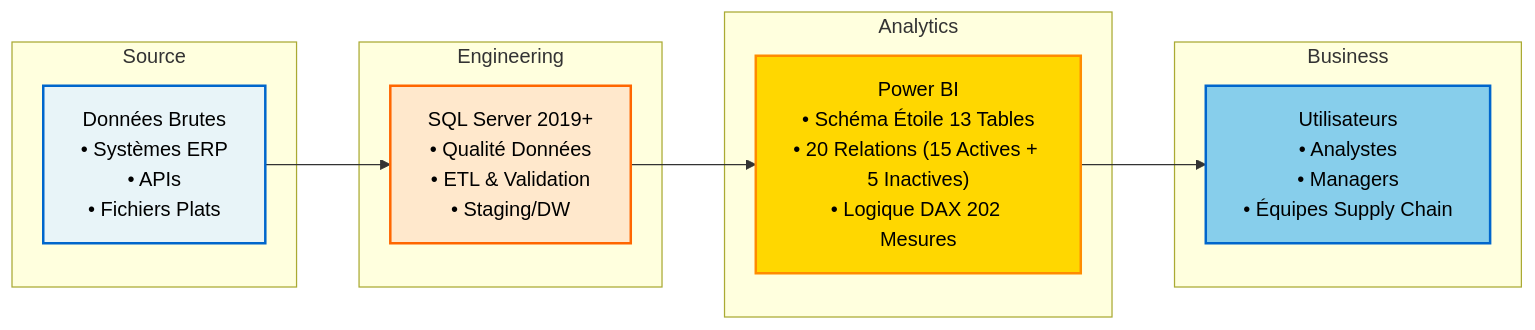
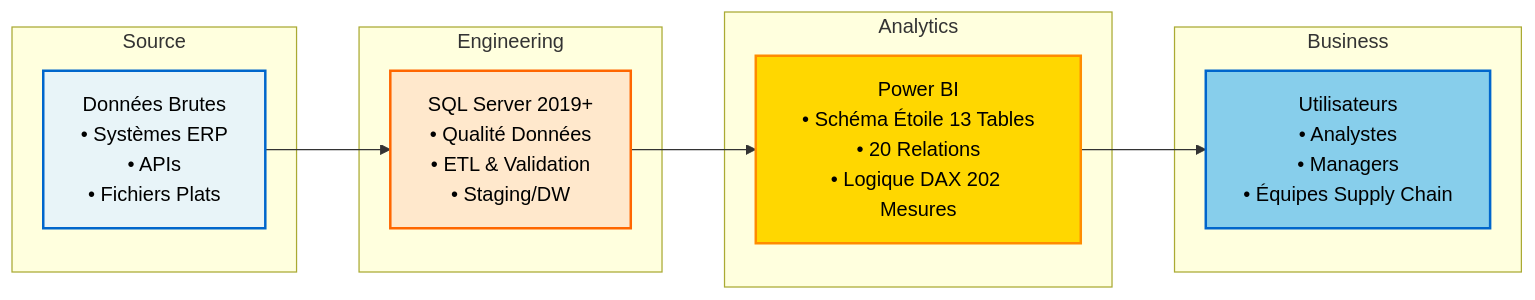
The diagram in README [FR].md (Data-Marc/pharma-logistics-bi), drawn with Mermaid before and after one commit. The commit also changed 2 other files, not shown here.

Commit message:
docs: Simplify relationships display to '20 Relationships' in architecture diagrams

````diff
--- a/README [FR].md
+++ b/README [FR].md
@@ -76,27 +76,27 @@
 ```mermaid
 graph LR
     subgraph "Source"
     A["Données Brutes<br/>• Systèmes ERP<br/>• APIs<br/>• Fichiers Plats"]
     end
     
     subgraph "Engineering"
     B["SQL Server 2019+<br/>• Qualité Données<br/>• ETL & Validation<br/>• Staging/DW"]
     end
     
     subgraph "Analytics"
-    C["Power BI<br/>• Schéma Étoile 13 Tables<br/>• 20 Relations (15 Actives + 5 Inactives)<br/>• Logique DAX 202 Mesures"]
+    C["Power BI<br/>• Schéma Étoile 13 Tables<br/>• 20 Relations<br/>• Logique DAX 202 Mesures"]
     end
     
     subgraph "Business"
     D["Utilisateurs<br/>• Analystes<br/>• Managers<br/>• Équipes Supply Chain"]
     end
 
     A --> B
     B --> C
     C --> D
     
     style A fill:#e8f4f8,stroke:#0066cc,stroke-width:2px,color:#000
     style B fill:#ffe8cc,stroke:#ff6600,stroke-width:2px,color:#000
     style C fill:#ffd700,stroke:#ff8c00,stroke-width:2px,color:#000
     style D fill:#87ceeb,stroke:#0066cc,stroke-width:2px,color:#000
 ```
````
